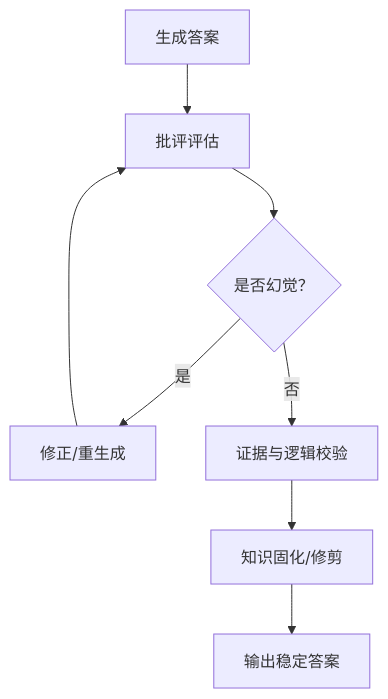
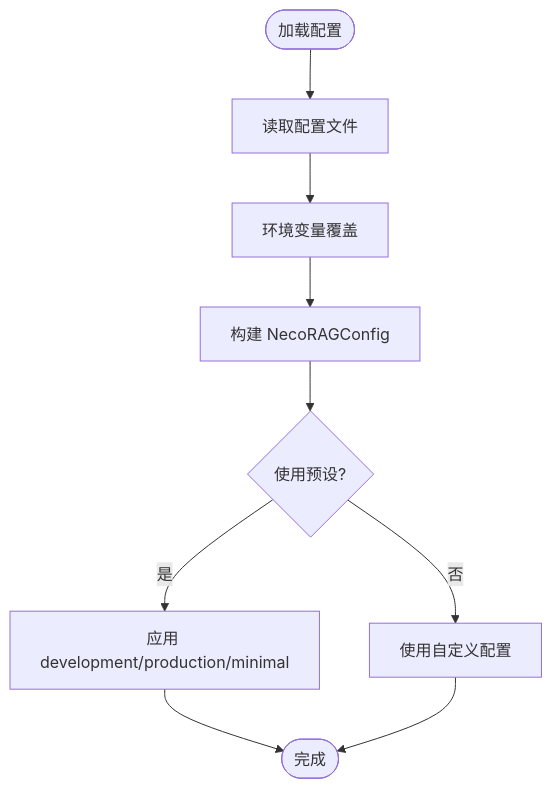
Before and after one commit to JieGaoPrinceton/NecoRAG: the ninth of 10 diagrams in .qoder/repowiki/zh/content/开发者指南/开发者指南.md, drawn with Mermaid. The commit also changed other lines of this file and 76 other files, not shown here.

````diff
--- a/.qoder/repowiki/zh/content/开发者指南/开发者指南.md
+++ b/.qoder/repowiki/zh/content/开发者指南/开发者指南.md
@@ -239,10 +310,11 @@
 ```mermaid
 flowchart TD
-A["生成答案"] --> B["批评评估"]
-B --> C{"是否幻觉？"}
-C --> |是| D["修正/重生成"]
-C --> |否| E["证据与逻辑校验"]
-D --> B
-E --> F["知识固化/修剪"]
-F --> G["输出稳定答案"]
+Start(["加载配置"]) --> LoadFile["读取配置文件"]
+LoadFile --> EnvOverride["环境变量覆盖"]
+EnvOverride --> BuildConfig["构建 NecoRAGConfig"]
+BuildConfig --> Preset{"使用预设?"}
+Preset --> |是| ApplyPreset["应用 development/production/minimal"]
+Preset --> |否| UseCustom["使用自定义配置"]
+ApplyPreset --> Done(["完成"])
+UseCustom --> Done
 ```
````
